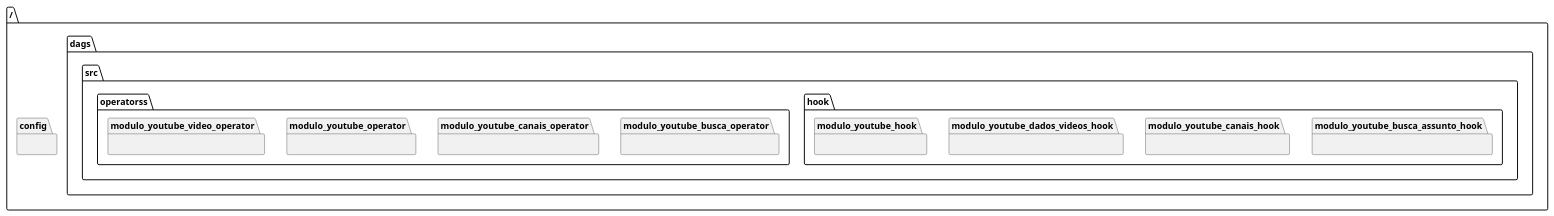
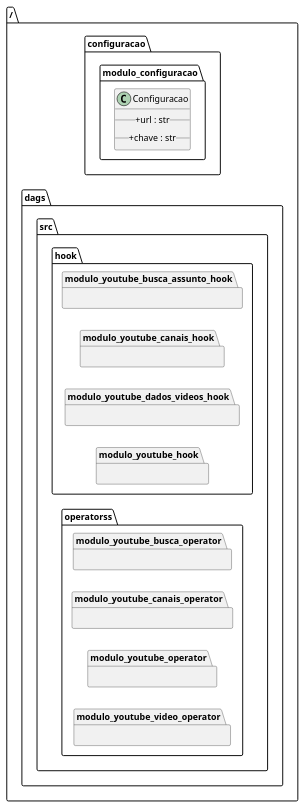
Before and after one commit to rodrigorocha1/criacao_datalake_youtube: the diagram in diagramas/teste.plantuml, drawn with PlantUML. The commit also changed 5 other files, not shown here.

```diff
--- a/diagramas/teste.plantuml
+++ b/diagramas/teste.plantuml
@@ -1,47 +1,55 @@
 @startuml etl
+left to right direction
+  package / {
+    package configuracao {
+        package modulo_configuracao {
 
-  package / {
-    package config {
+            class Configuracao {
+                __+url : str__
+                __+chave : str__
+            }
+
+        }
 
     }
     package dags {
         package src {
             package hook {
                 package modulo_youtube_busca_assunto_hook {
 
                 }
 
                 package modulo_youtube_canais_hook {
 
                 }
 
                 package modulo_youtube_dados_videos_hook {
 
                 }
 
                 package modulo_youtube_hook {
 
                 }
 
             }
 
             package operatorss {
                 package modulo_youtube_busca_operator  {
 
                 }
                 package modulo_youtube_canais_operator  {
 
                 }
 
                 package modulo_youtube_operator  {
 
                 }
 
                 package modulo_youtube_video_operator  {
 
                 }
             }
         }
     }
   }
 @enduml
```
